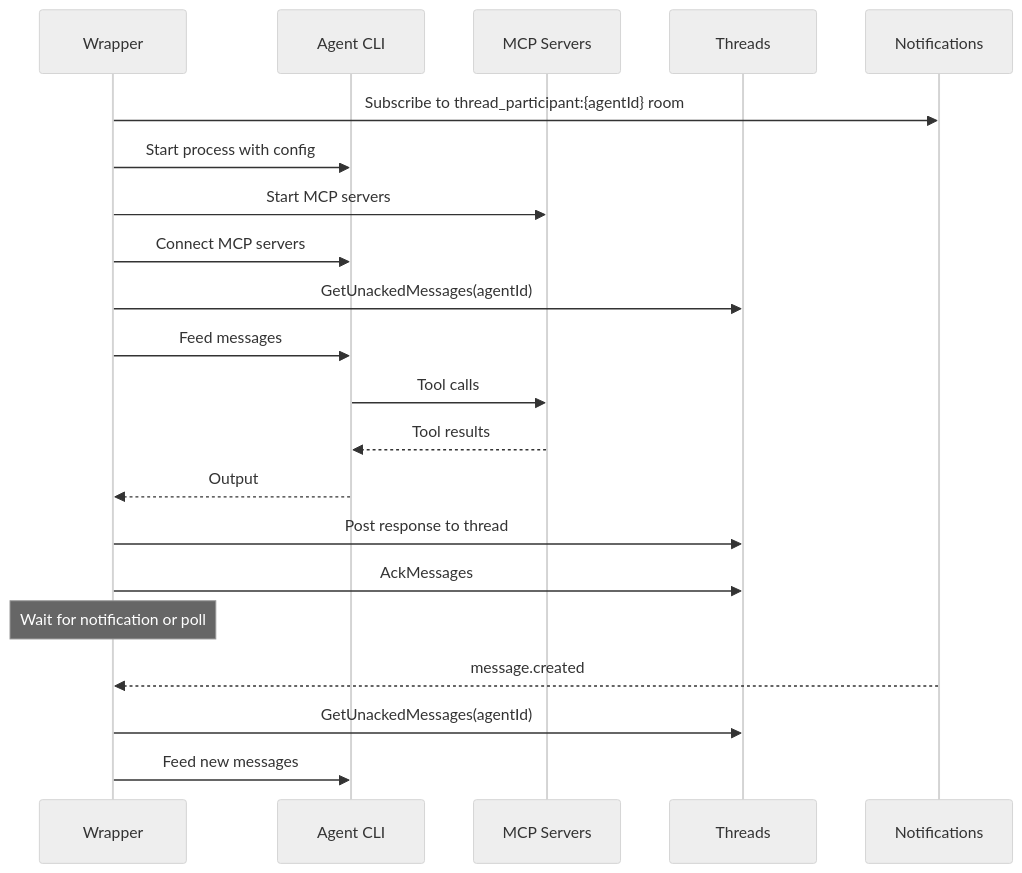
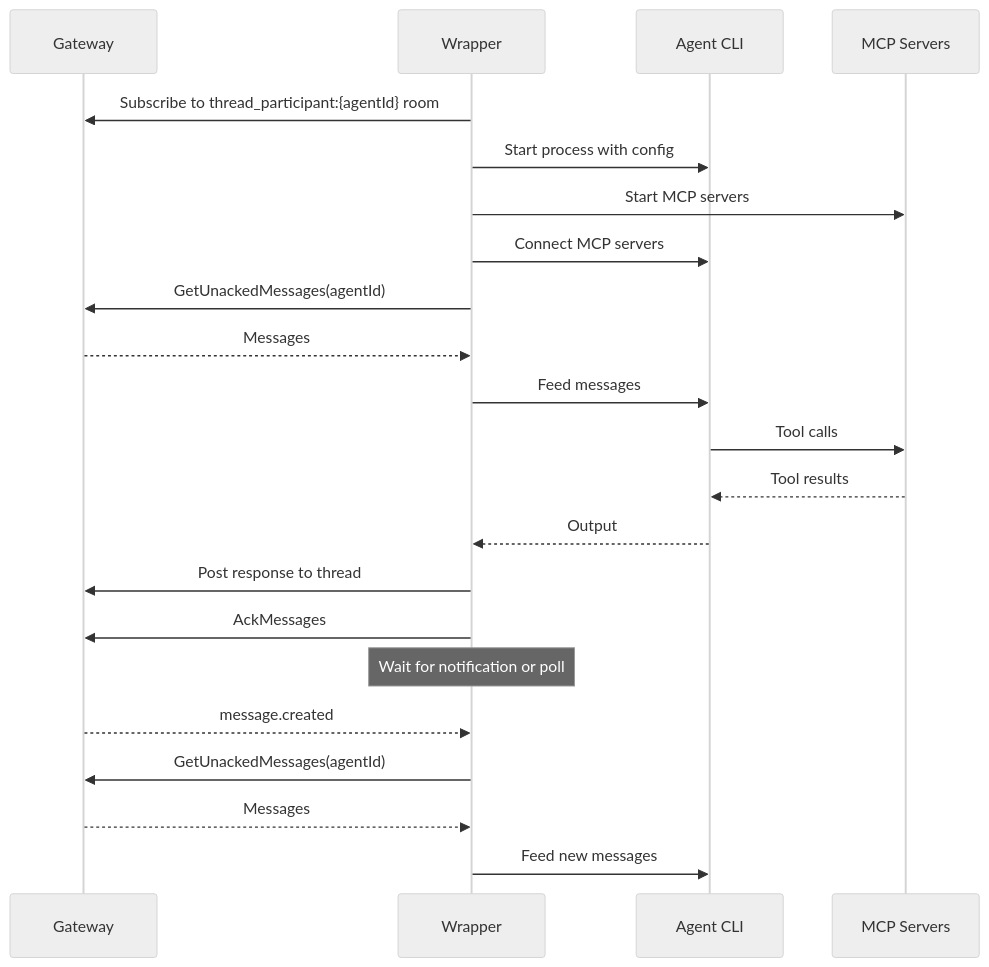
Before and after one commit to agynio/architecture: the third of 4 diagrams in architecture/agent/overview.md, drawn with Mermaid (neutral theme). The commit also changed other lines of this file and 5 other files, not shown here.

````diff
--- a/architecture/agent/overview.md
+++ b/architecture/agent/overview.md
@@ -108,24 +112,25 @@
 ```mermaid
 sequenceDiagram
+    participant GW as Gateway
     participant W as Wrapper
     participant CLI as Agent CLI
     participant MCP as MCP Servers
-    participant T as Threads
-    participant N as Notifications
 
-    W->>N: Subscribe to thread_participant:{agentId} room
+    W->>GW: Subscribe to thread_participant:{agentId} room
     W->>CLI: Start process with config
     W->>MCP: Start MCP servers
     W->>CLI: Connect MCP servers
-    W->>T: GetUnackedMessages(agentId)
+    W->>GW: GetUnackedMessages(agentId)
+    GW-->>W: Messages
     W->>CLI: Feed messages
     CLI->>MCP: Tool calls
     MCP-->>CLI: Tool results
     CLI-->>W: Output
-    W->>T: Post response to thread
-    W->>T: AckMessages
+    W->>GW: Post response to thread
+    W->>GW: AckMessages
     Note over W: Wait for notification or poll
-    N-->>W: message.created
-    W->>T: GetUnackedMessages(agentId)
+    GW-->>W: message.created
+    W->>GW: GetUnackedMessages(agentId)
+    GW-->>W: Messages
     W->>CLI: Feed new messages
 ```
````
